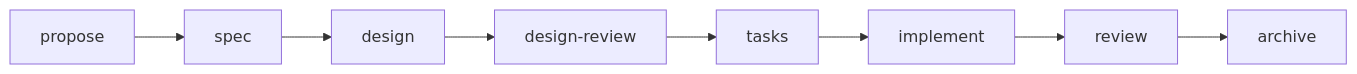
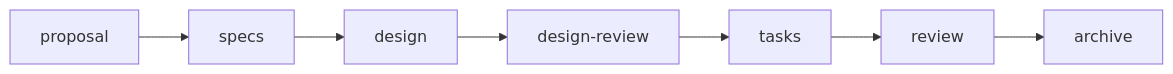
One commit to buster/givn changed the diagram in docs/arc42/01-introduction-and-goals.md. Above: the diagram before and after it, drawn with Mermaid. The commit also changed other lines of this file and 97 other files, not shown here.

Commit message:
docs(arc42): consolidate architecture documentation and ADRs

````diff
--- a/docs/arc42/01-introduction-and-goals.md
+++ b/docs/arc42/01-introduction-and-goals.md
@@ -17,4 +11,4 @@
 ```mermaid
 flowchart LR
-    propose --> spec --> design --> design-review --> tasks --> implement --> review --> archive
+    proposal --> specs --> design --> design_review[design-review] --> tasks --> review --> archive
 ```
````
